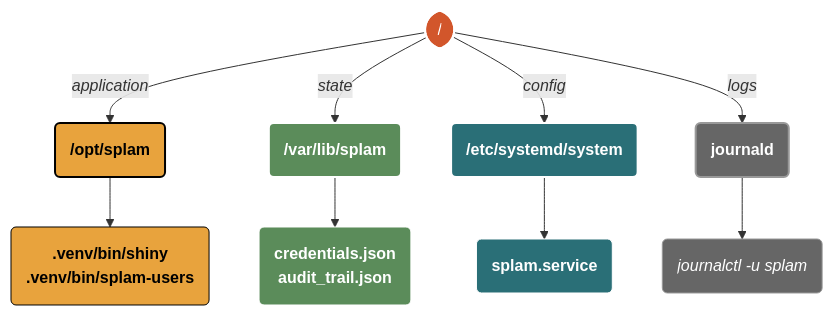
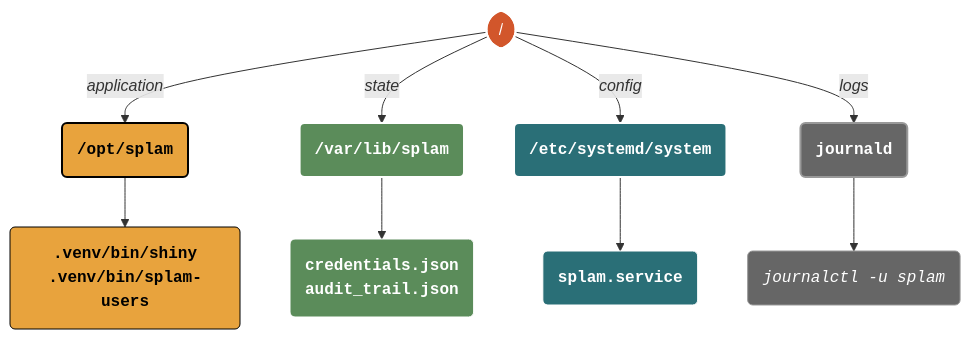
Before and after one commit to mjfrigaard/do4ds-labs: the third of 4 diagrams in install-splam.qmd, drawn with Mermaid. The commit also changed other lines of this file and 251 other files, not shown here.

````diff
--- a/install-splam.qmd
+++ b/install-splam.qmd
@@ -288,32 +384,33 @@
 ```{mermaid}
 %%| fig-cap: 'splam File Locations'
 %%| fig-width: 7.5
 %%| fig-align: 'center'
 %%{init: {'theme': 'base', 'themeVariables': {'fontFamily': 'monospace', "fontSize":"12px"}}}}%%
 
 graph TD
     Root(["/"])
     Opt("<strong>/opt/splam</strong>")
     Venv("<strong>.venv/bin/shiny</strong><br/><strong>.venv/bin/splam-users</strong>")
     Var("<strong>/var/lib/splam</strong>")
     Creds("<strong>credentials.json</strong><br/><strong>audit_trail.json</strong>")
     Etc("<strong>/etc/systemd/system</strong>")
     Unit("<strong>splam.service</strong>")
     Log("<strong>journald</strong>")
     Jctl("<em>journalctl -u splam</em>")
 
     Root --"<em>application</em>"--> Opt --> Venv
     Root --"<em>state</em>"--> Var --> Creds
     Root --"<em>config</em>"--> Etc --> Unit
     Root --"<em>logs</em>"--> Log --> Jctl
 
     style Root fill:#d2562b,stroke:#fff,stroke-width:2px,color:#fff
-    style Opt fill:#e8a33d,stroke:#000,stroke-width:2px,color:#000
-    style Venv fill:#e8a33d,stroke:#000,stroke-width:1px,color:#000
-    style Var fill:#5b8c5a,stroke:#fff,stroke-width:2px,color:#fff
-    style Creds fill:#5b8c5a,stroke:#fff,stroke-width:1px,color:#fff
-    style Etc fill:#2a6f77,stroke:#fff,stroke-width:2px,color:#fff
-    style Unit fill:#2a6f77,stroke:#fff,stroke-width:1px,color:#fff
-    style Log fill:#666,stroke:#999,stroke-width:2px,color:#fff
-    style Jctl fill:#666,stroke:#999,stroke-width:1px,color:#fff
+    style Opt fill:#e8a33d,stroke:#000,stroke-width:2px,color:#000,font-family:monospace
+    style Venv fill:#e8a33d,stroke:#000,stroke-width:1px,color:#000,font-family:monospace
+    style Var fill:#5b8c5a,stroke:#fff,stroke-width:2px,color:#fff,font-family:monospace
+    style Creds fill:#5b8c5a,stroke:#fff,stroke-width:1px,color:#fff,font-family:monospace
+    style Etc fill:#2a6f77,stroke:#fff,stroke-width:2px,color:#fff,font-family:monospace
+    style Unit fill:#2a6f77,stroke:#fff,stroke-width:1px,color:#fff,font-family:monospace
+    style Log fill:#666,stroke:#999,stroke-width:2px,color:#fff,font-family:monospace
+    style Jctl fill:#666,stroke:#999,stroke-width:1px,color:#fff,font-family:monospace
+    
 ```
````
